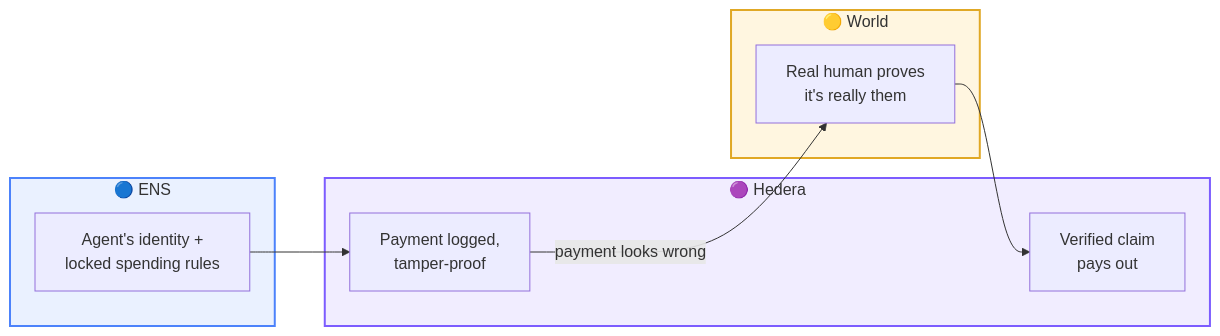
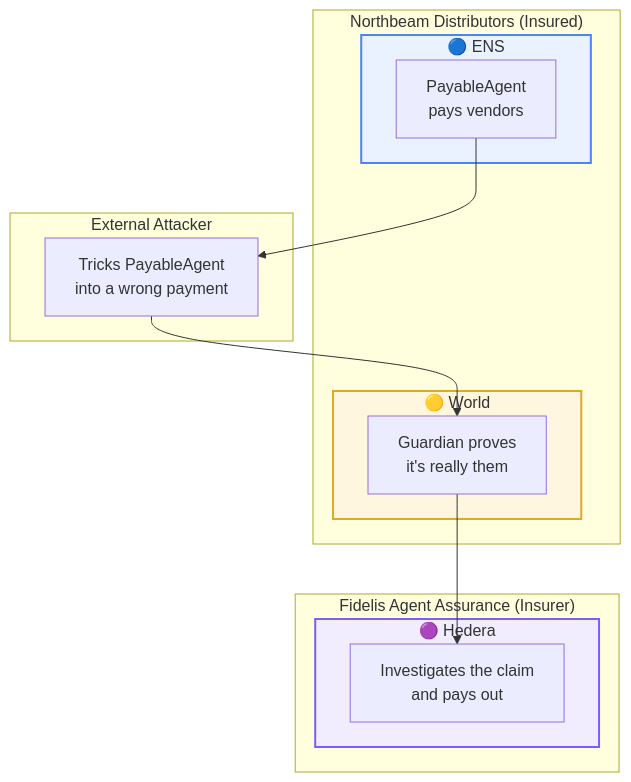
One commit to jianruan-io/agent-insure changed the second of 4 diagrams in README.md. Above: the diagram before and after it, drawn with Mermaid. The commit also changed other lines of this file, not shown here.

First line of the commit message:
Add actor (Northbeam/Attacker/Fidelis) boxes to v1 and v2 diagrams

````diff
--- a/README.md
+++ b/README.md
@@ -148,23 +148,27 @@
 ```mermaid
-flowchart LR
-    subgraph ENS_SG["🔵 ENS"]
-        SCOPE1["Agent's identity +<br/>locked spending rules"]
+flowchart TD
+    subgraph NORTHBEAM1["Northbeam Distributors (Insured)"]
+        subgraph ENS_SG1["🔵 ENS"]
+            PA1["PayableAgent<br/>pays vendors"]
+        end
+        subgraph WORLD_SG1["🟡 World"]
+            GUARD1["Guardian proves<br/>it's really them"]
+        end
     end
 
-    subgraph HEDERA_SG["🟣 Hedera"]
-        LOG1["Payment logged,<br/>tamper-proof"]
-        PAYOUT1["Verified claim<br/>pays out"]
+    subgraph ATTACKER1["External Attacker"]
+        MAL1["Tricks PayableAgent<br/>into a wrong payment"]
     end
 
-    subgraph WORLD_SG["🟡 World"]
-        SELFIE1["Real human proves<br/>it's really them"]
+    subgraph FIDELIS1["Fidelis Agent Assurance (Insurer)"]
+        subgraph HEDERA_SG1["🟣 Hedera"]
+            INS1["Investigates the claim<br/>and pays out"]
+        end
     end
 
-    SCOPE1 --> LOG1
-    LOG1 -->|"payment looks wrong"| SELFIE1
-    SELFIE1 --> PAYOUT1
+    PA1 --> MAL1 --> GUARD1 --> INS1
 
-    style ENS_SG fill:#eaf1ff,stroke:#4c82fb,stroke-width:2px
-    style HEDERA_SG fill:#f1edff,stroke:#7c5cff,stroke-width:2px
-    style WORLD_SG fill:#fff6e0,stroke:#e0a825,stroke-width:2px
+    style ENS_SG1 fill:#eaf1ff,stroke:#4c82fb,stroke-width:2px
+    style WORLD_SG1 fill:#fff6e0,stroke:#e0a825,stroke-width:2px
+    style HEDERA_SG1 fill:#f1edff,stroke:#7c5cff,stroke-width:2px
 ```
````
